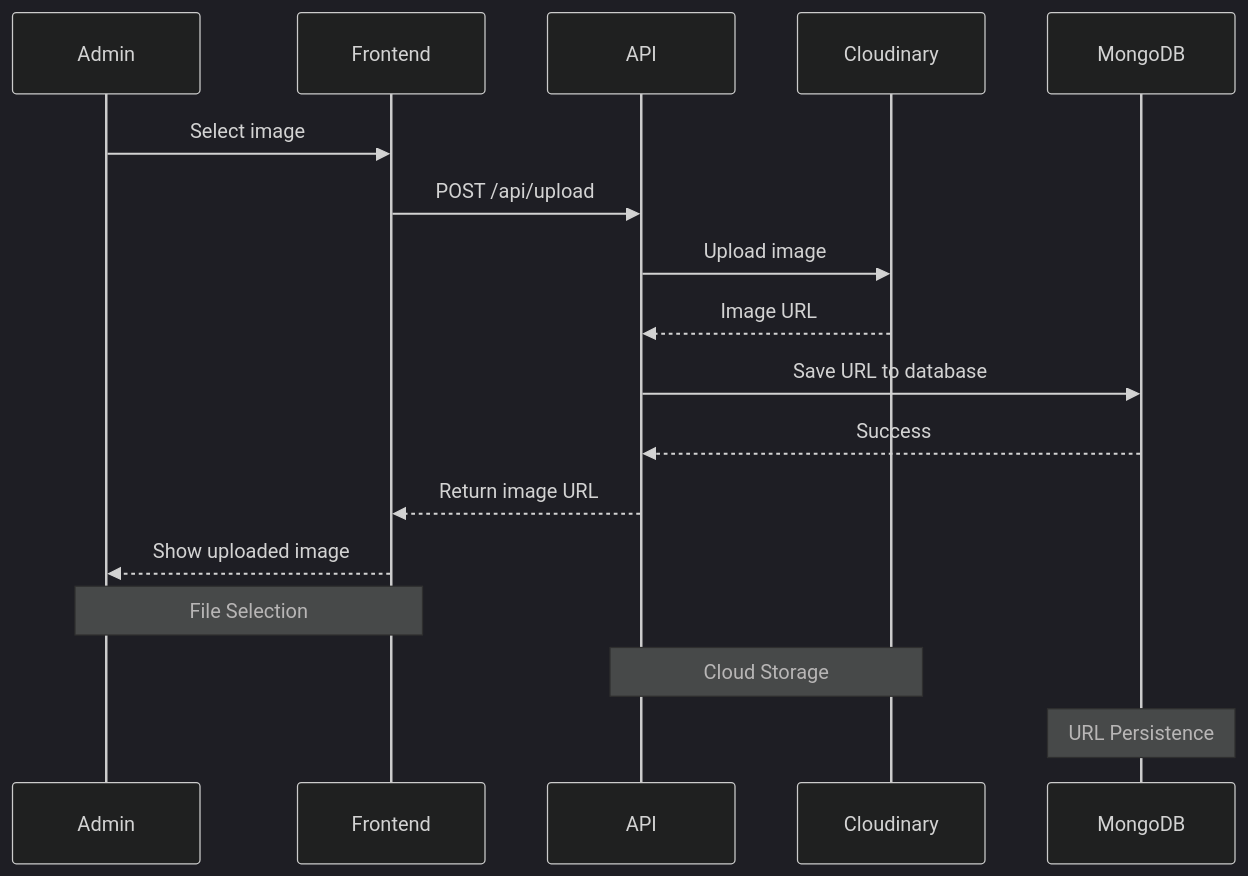
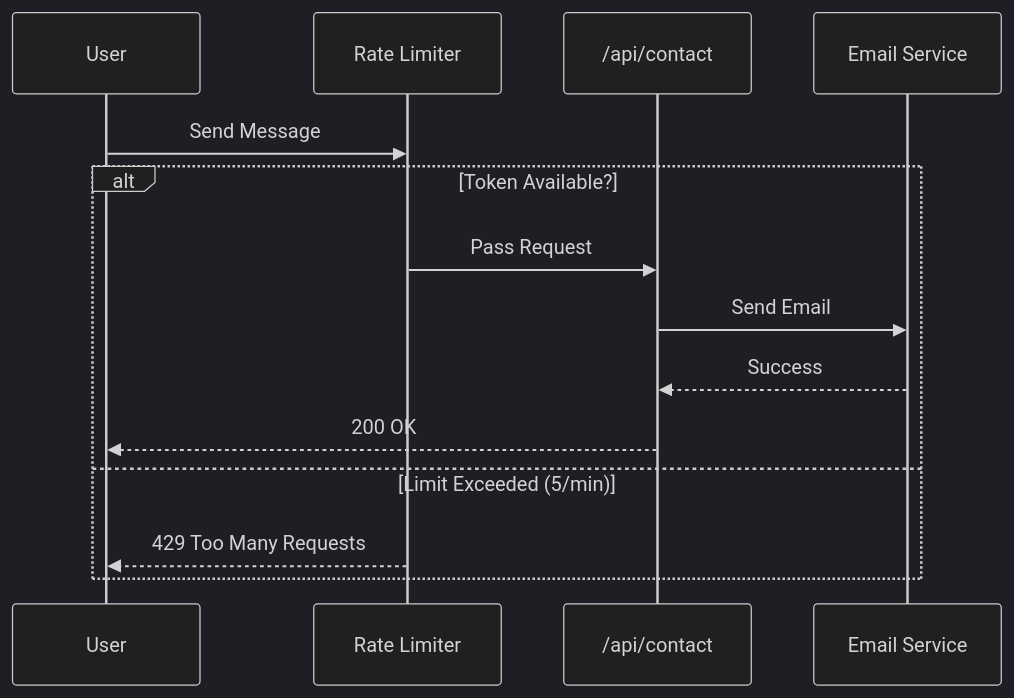
Before and after one commit to CodeCommandBD/ProtfolioNext: the second of 2 diagrams in README.md, drawn with Mermaid (dark theme). The commit also changed other lines of this file, not shown here.

````diff
--- a/README.md
+++ b/README.md
@@ -525,21 +76,17 @@
 ```mermaid
 sequenceDiagram
-    participant Admin
-    participant Frontend
-    participant API
-    participant Cloudinary
-    participant MongoDB
+    participant User
+    participant Middleware as Rate Limiter
+    participant API as /api/contact
+    participant Mail as Email Service
 
-    Admin->>Frontend: Select image
-    Frontend->>API: POST /api/upload
-    API->>Cloudinary: Upload image
-    Cloudinary-->>API: Image URL
-    API->>MongoDB: Save URL to database
-    MongoDB-->>API: Success
-    API-->>Frontend: Return image URL
-    Frontend-->>Admin: Show uploaded image
-
-    Note over Admin,Frontend: File Selection
-    Note over API,Cloudinary: Cloud Storage
-    Note over MongoDB: URL Persistence
+    User->>Middleware: Send Message
+    alt Token Available?
+        Middleware->>API: Pass Request
+        API->>Mail: Send Email
+        Mail-->>API: Success
+        API-->>User: 200 OK
+    else Limit Exceeded (5/min)
+        Middleware-->>User: 429 Too Many Requests
+    end
 ```
````
